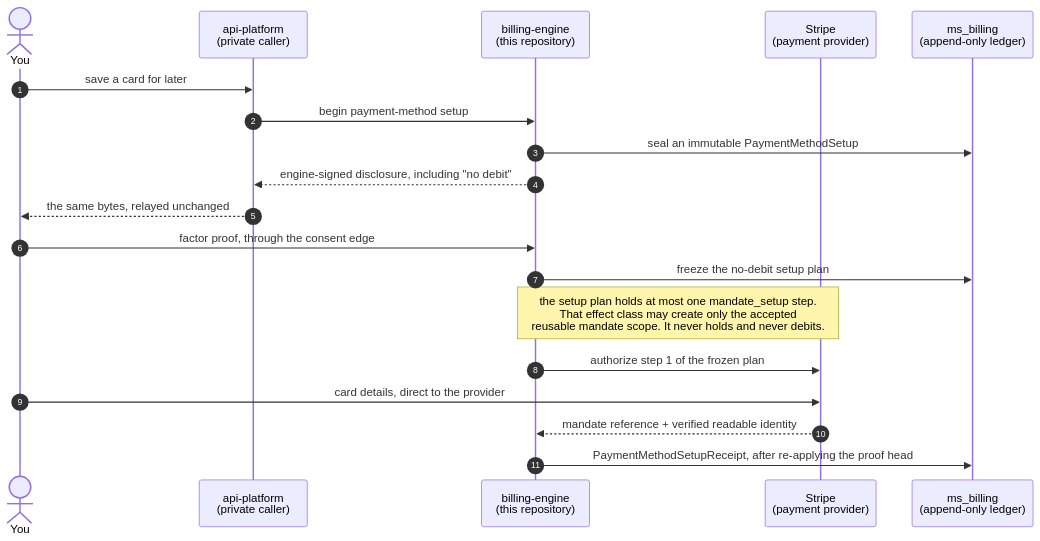
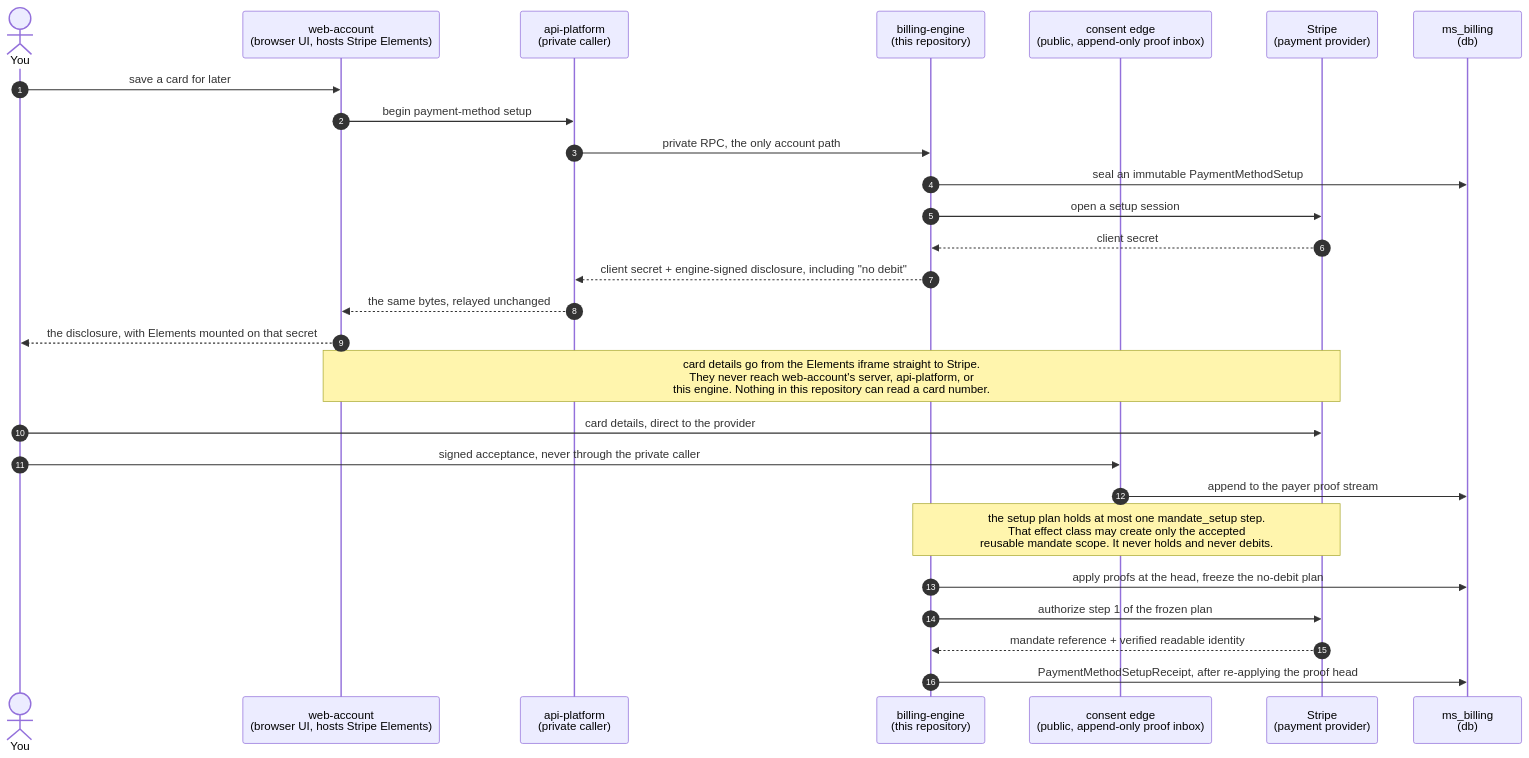
The second of 6 diagrams in README.md (mirrorstack-ai/billing-engine), drawn with Mermaid before and after one commit. The commit also changed other lines of this file and 1 other file, not shown here.

First line of the commit message:
docs: correct the flow diagrams — web-account, the consent edge, ms_billing

````diff
--- a/README.md
+++ b/README.md
@@ -154,24 +154,34 @@
 ```mermaid
 sequenceDiagram
     autonumber
     actor You
+    participant WA as web-account<br/>(browser UI, hosts Stripe Elements)
     participant AP as api-platform<br/>(private caller)
     participant Engine as billing-engine<br/>(this repository)
+    participant Edge as consent edge<br/>(public, append-only proof inbox)
     participant Stripe as Stripe<br/>(payment provider)
-    participant DB as ms_billing<br/>(append-only ledger)
+    participant DB as ms_billing<br/>(db)
 
-    You->>AP: save a card for later
-    AP->>Engine: begin payment-method setup
+    You->>WA: save a card for later
+    WA->>AP: begin payment-method setup
+    AP->>Engine: private RPC, the only account path
     Engine->>DB: seal an immutable PaymentMethodSetup
-    Engine-->>AP: engine-signed disclosure, including "no debit"
-    AP-->>You: the same bytes, relayed unchanged
-    You->>Engine: factor proof, through the consent edge
-    Engine->>DB: freeze the no-debit setup plan
+    Engine->>Stripe: open a setup session
+    Stripe-->>Engine: client secret
+    Engine-->>AP: client secret + engine-signed disclosure, including "no debit"
+    AP-->>WA: the same bytes, relayed unchanged
+    WA-->>You: the disclosure, with Elements mounted on that secret
+
+    Note over WA,Stripe: card details go from the Elements iframe straight to Stripe.<br/>They never reach web-account's server, api-platform, or<br/>this engine. Nothing in this repository can read a card number.
+
+    You->>Stripe: card details, direct to the provider
+    You->>Edge: signed acceptance, never through the private caller
+    Edge->>DB: append to the payer proof stream
 
     Note over Engine,Stripe: the setup plan holds at most one mandate_setup step.<br/>That effect class may create only the accepted<br/>reusable mandate scope. It never holds and never debits.
 
+    Engine->>DB: apply proofs at the head, freeze the no-debit plan
     Engine->>Stripe: authorize step 1 of the frozen plan
-    You->>Stripe: card details, direct to the provider
     Stripe-->>Engine: mandate reference + verified readable identity
     Engine->>DB: PaymentMethodSetupReceipt, after re-applying the proof head
 ```
````
